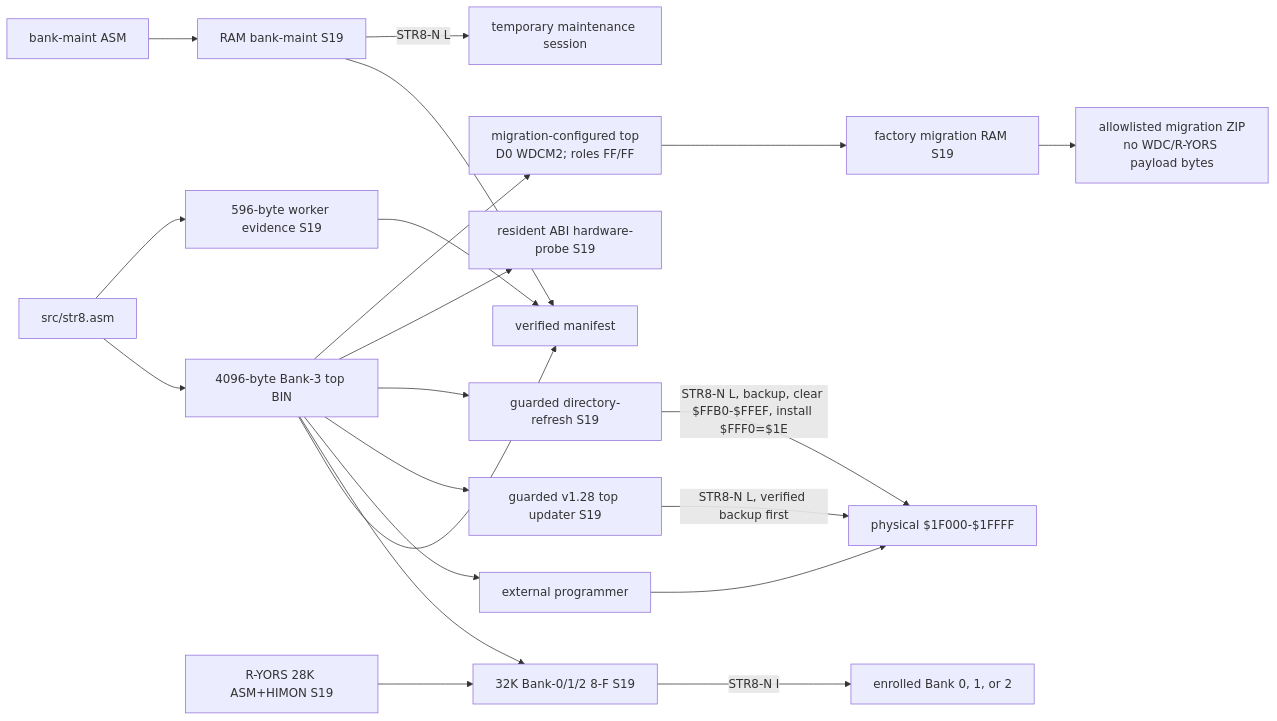
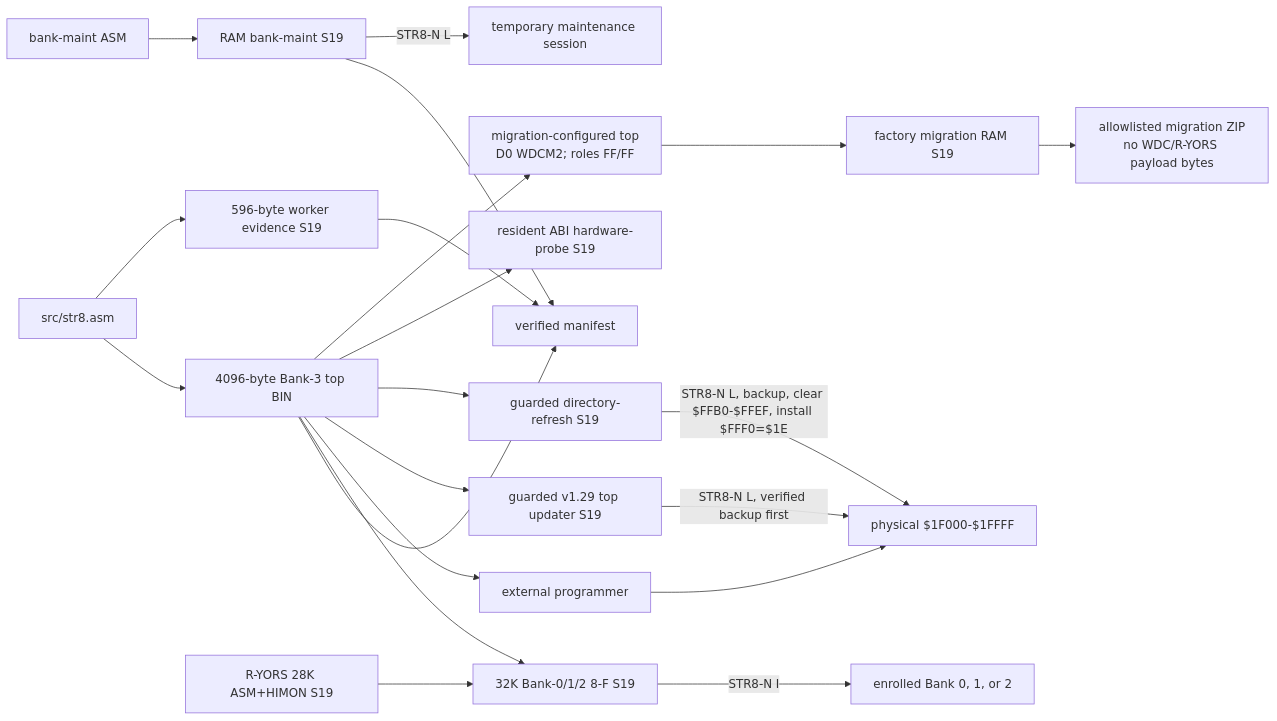
One commit to 95westus/STR8-N changed the second of 14 diagrams in docs/MAPS.md. Above: the diagram before and after it, drawn with Mermaid. The commit also changed other lines of this file and 10 other files, not shown here.

````diff
--- a/docs/MAPS.md
+++ b/docs/MAPS.md
@@ -38,23 +38,23 @@
 ```mermaid
 flowchart LR
     SRC[src/str8.asm] --> TOP[4096-byte Bank-3 top BIN]
     SRC --> WORKER[596-byte worker evidence S19]
     BM_SRC[bank-maint ASM] --> BM[RAM bank-maint S19]
     TOP --> MANIFEST[verified manifest]
     WORKER --> MANIFEST
     BM --> MANIFEST
     RY[R-YORS 28K ASM+HIMON S19] --> FULL[32K Bank-0/1/2 8-F S19]
     TOP --> FULL
     TOP --> PROGRAMMER[external programmer]
     PROGRAMMER --> B3F[physical $1F000-$1FFFF]
-    TOP --> UPDATE[guarded v1.28 top updater S19]
+    TOP --> UPDATE[guarded v1.29 top updater S19]
     UPDATE -->|STR8-N L, verified backup first| B3F
     TOP --> REFRESH[guarded directory-refresh S19]
     REFRESH -->|STR8-N L, backup, clear $FFB0-$FFEF, install $FFF0=$1E| B3F
     TOP --> ABI_TEST[resident ABI hardware-probe S19]
     BM -->|STR8-N L| RAM_TOOL[temporary maintenance session]
     FULL -->|STR8-N I| GUEST[enrolled Bank 0, 1, or 2]
     TOP --> WDC_TOP[migration-configured top<br/>D0 WDCM2; roles FF/FF]
     WDC_TOP --> WDC_INSTALL[factory migration RAM S19]
     WDC_INSTALL --> KIT[allowlisted migration ZIP<br/>no WDC/R-YORS payload bytes]
 ```
````
